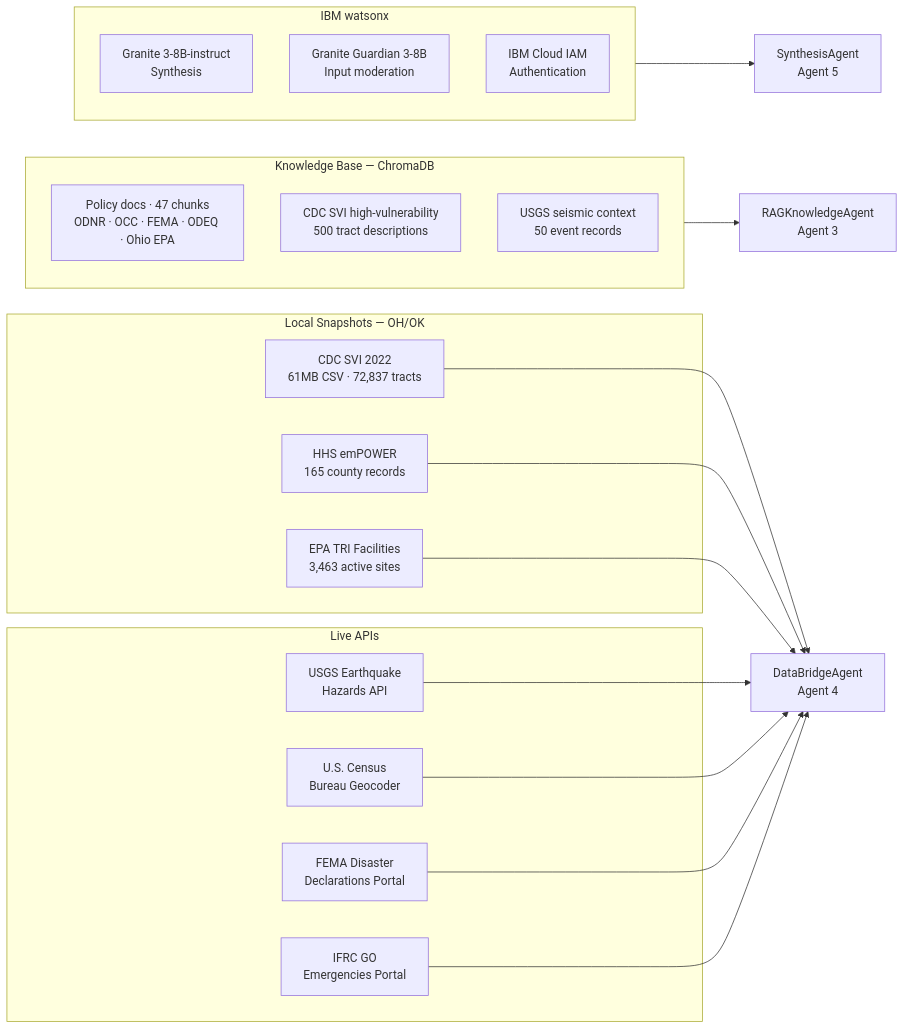
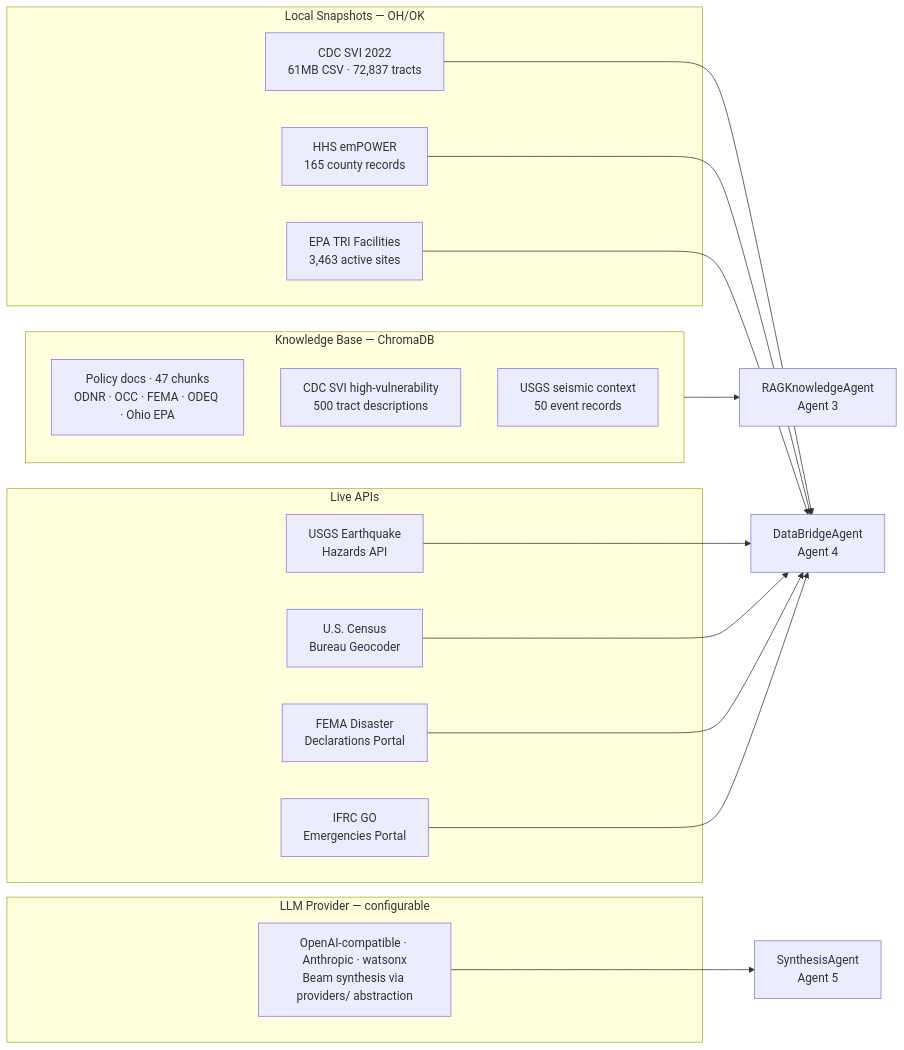
Before and after one commit to sh4wnbk/agentic-knowledge-synthesizer: the second of 2 diagrams in README.md, drawn with Mermaid. The commit also changed other lines of this file and 33 other files, not shown here.

````diff
--- a/README.md
+++ b/README.md
@@ -84,42 +82,40 @@
 ```mermaid
 graph LR
     subgraph Live["Live APIs"]
         USGS["USGS Earthquake\nHazards API"]
         GEO["U.S. Census\nBureau Geocoder"]
         FEMA["FEMA Disaster\nDeclarations Portal"]
         IFRC["IFRC GO\nEmergencies Portal"]
     end
 
     subgraph Snapshot["Local Snapshots — OH/OK"]
         SVI["CDC SVI 2022\n61MB CSV · 72,837 tracts"]
         EMP["HHS emPOWER\n165 county records"]
         TRI["EPA TRI Facilities\n3,463 active sites"]
     end
 
     subgraph KB["Knowledge Base — ChromaDB"]
         POL["Policy docs · 47 chunks\nODNR · OCC · FEMA · ODEQ · Ohio EPA"]
         SVI2["CDC SVI high-vulnerability\n500 tract descriptions"]
         USGS2["USGS seismic context\n50 event records"]
     end
 
-    subgraph IBM["IBM watsonx"]
-        G34["Granite 3-8B-instruct\nSynthesis"]
-        GG["Granite Guardian 3-8B\nInput moderation"]
-        IAM["IBM Cloud IAM\nAuthentication"]
+    subgraph LLM["LLM Provider — configurable"]
+        PROV["OpenAI-compatible · Anthropic · watsonx\nBeam synthesis via providers/ abstraction"]
     end
 
     USGS --> DataBridge
     GEO --> DataBridge
     SVI --> DataBridge
     EMP --> DataBridge
     TRI --> DataBridge
     FEMA --> DataBridge
     IFRC --> DataBridge
 
     KB --> RAG
-    IBM --> Synthesis
+    PROV --> Synthesis
 
     DataBridge["DataBridgeAgent\nAgent 4"]
     RAG["RAGKnowledgeAgent\nAgent 3"]
     Synthesis["SynthesisAgent\nAgent 5"]
 ```
````
